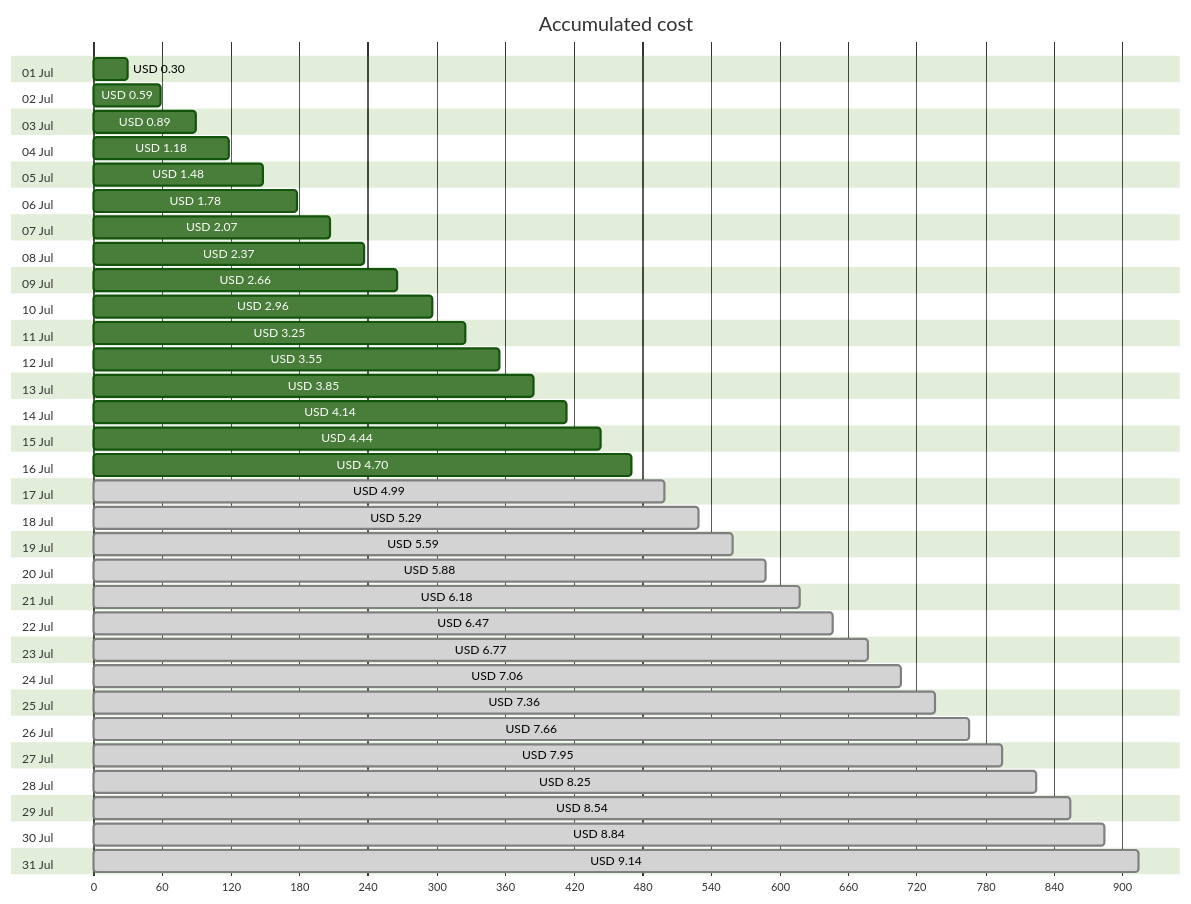
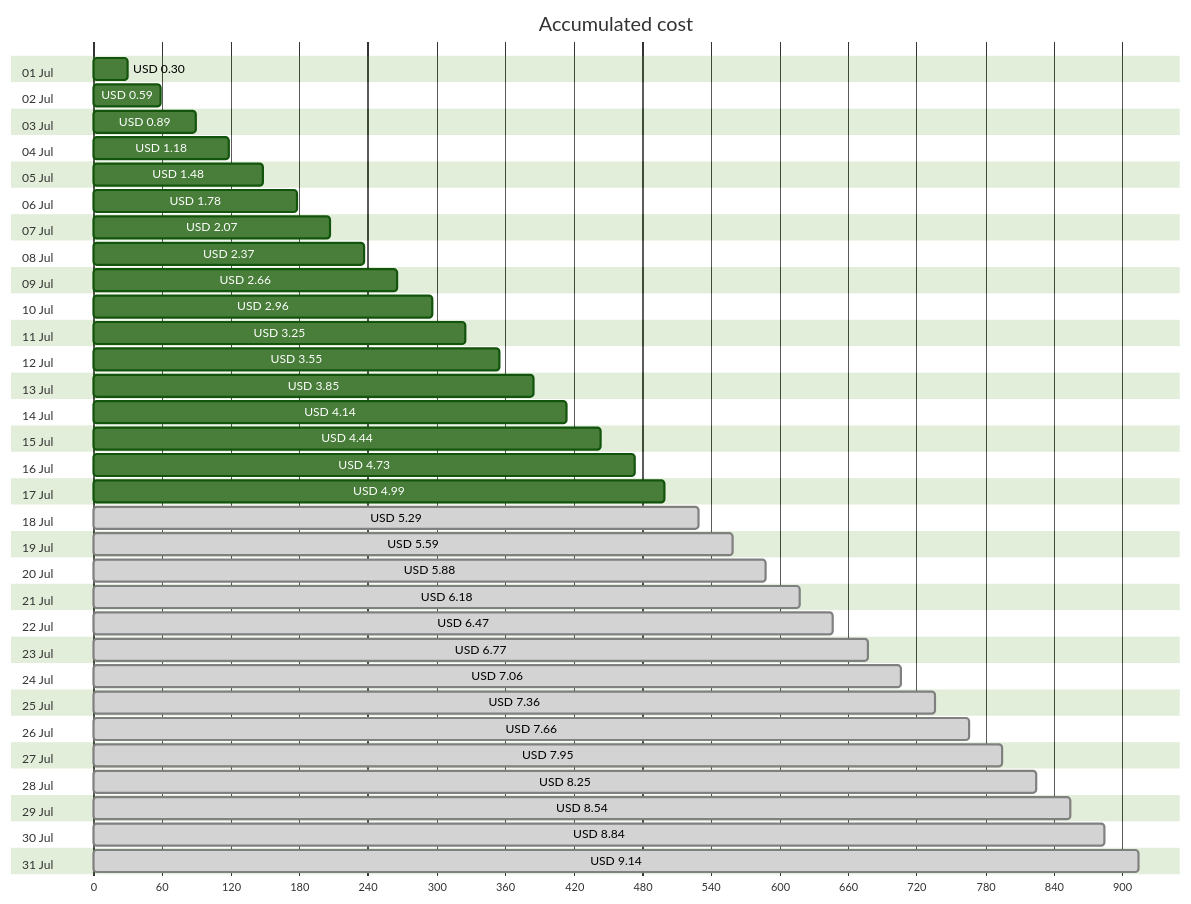
The first of 4 diagrams in cost-reports/personal-site/personal-site-preview.md (jpfulton/azure-personal-reports), drawn with Mermaid (forest theme) before and after one commit. The commit also changed other lines of this file and 6 other files, not shown here.

````diff
--- a/cost-reports/personal-site/personal-site-preview.md
+++ b/cost-reports/personal-site/personal-site-preview.md
@@ -20,68 +20,68 @@
 ```mermaid
 gantt
    title Accumulated cost
    dateFormat  X
    axisFormat %s
    section 01 Jul
    USD 0.30 :0, 30
    section 02 Jul
    USD 0.59 :0, 59
    section 03 Jul
    USD 0.89 :0, 89
    section 04 Jul
    USD 1.18 :0, 118
    section 05 Jul
    USD 1.48 :0, 148
    section 06 Jul
    USD 1.78 :0, 178
    section 07 Jul
    USD 2.07 :0, 207
    section 08 Jul
    USD 2.37 :0, 237
    section 09 Jul
    USD 2.66 :0, 266
    section 10 Jul
    USD 2.96 :0, 296
    section 11 Jul
    USD 3.25 :0, 325
    section 12 Jul
    USD 3.55 :0, 355
    section 13 Jul
    USD 3.85 :0, 385
    section 14 Jul
    USD 4.14 :0, 414
    section 15 Jul
    USD 4.44 :0, 444
    section 16 Jul
-   USD 4.70 :0, 470
+   USD 4.73 :0, 473
    section 17 Jul
-   USD 4.99 : done, 0, 499
+   USD 4.99 :0, 499
    section 18 Jul
    USD 5.29 : done, 0, 529
    section 19 Jul
    USD 5.59 : done, 0, 559
    section 20 Jul
    USD 5.88 : done, 0, 588
    section 21 Jul
    USD 6.18 : done, 0, 618
    section 22 Jul
    USD 6.47 : done, 0, 647
    section 23 Jul
    USD 6.77 : done, 0, 677
    section 24 Jul
    USD 7.06 : done, 0, 706
    section 25 Jul
    USD 7.36 : done, 0, 736
    section 26 Jul
    USD 7.66 : done, 0, 766
    section 27 Jul
    USD 7.95 : done, 0, 795
    section 28 Jul
    USD 8.25 : done, 0, 825
    section 29 Jul
    USD 8.54 : done, 0, 854
    section 30 Jul
    USD 8.84 : done, 0, 884
    section 31 Jul
    USD 9.14 : done, 0, 914
 ```
````
